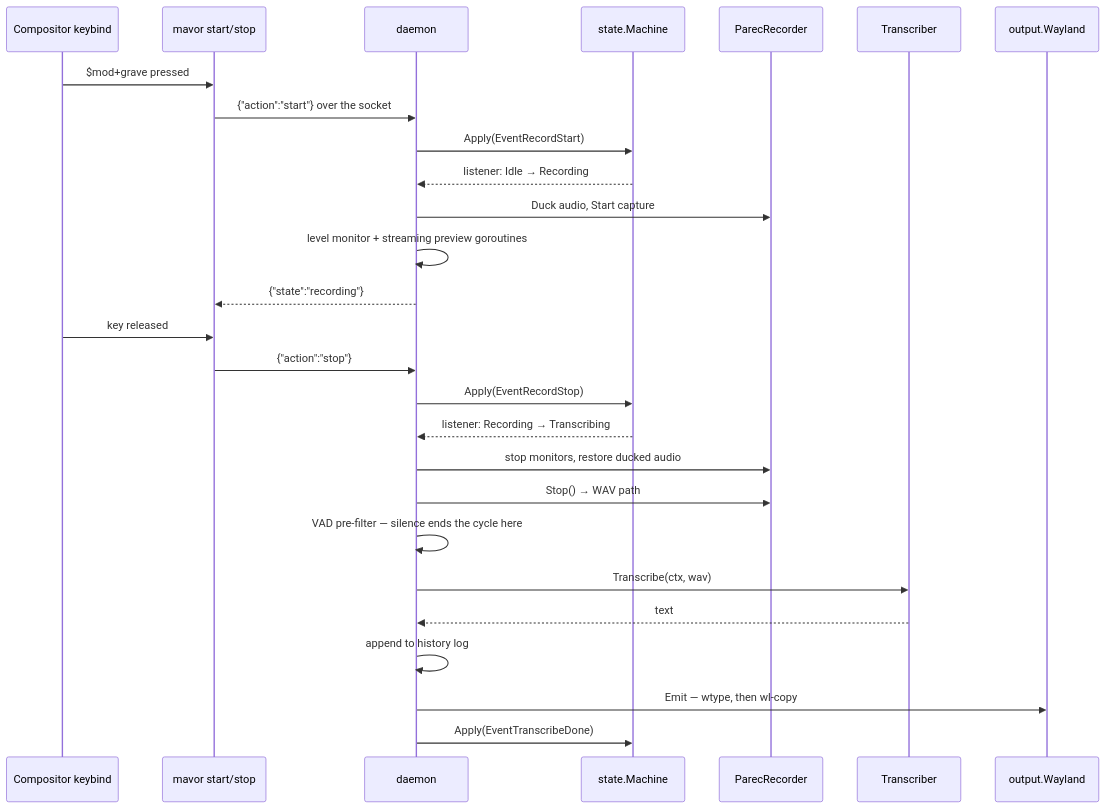
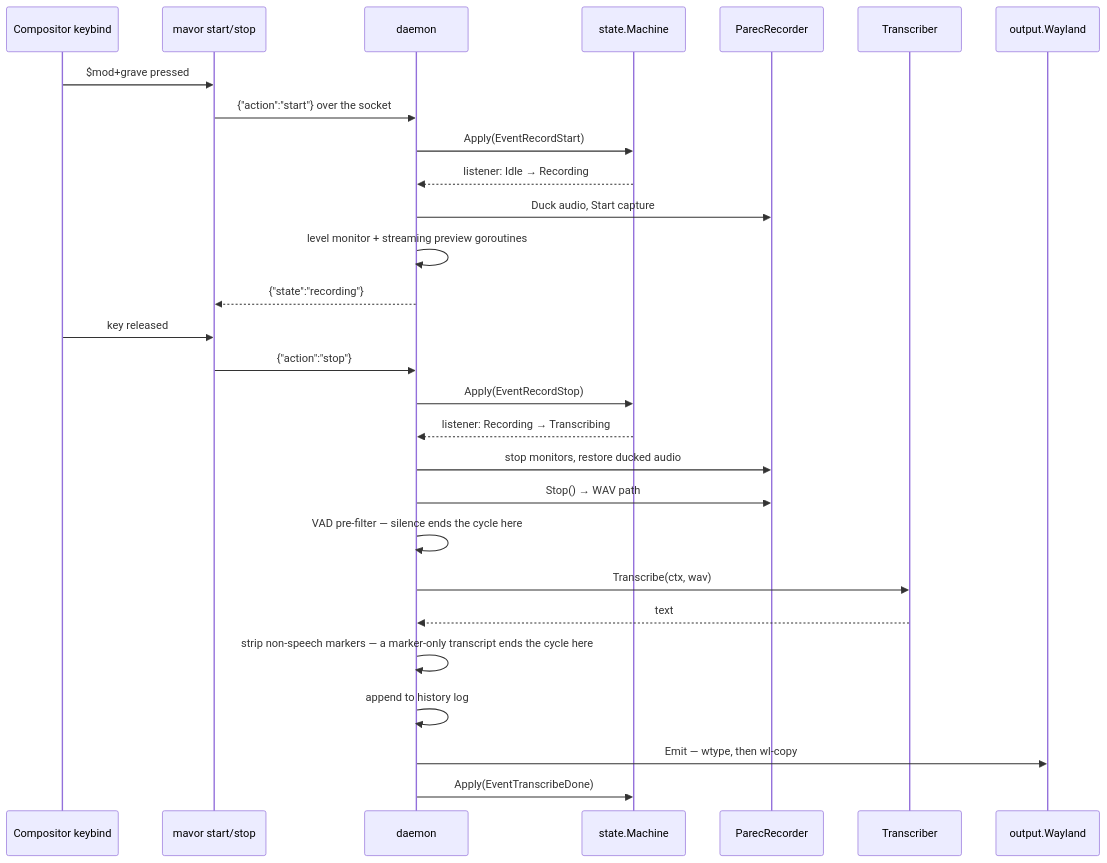
Before and after one commit to mschulkind-oss/mavor: the second of 2 diagrams in docs/reference/how-mavor-works.md, drawn with Mermaid. The commit also changed other lines of this file and 5 other files, not shown here.

````diff
--- a/docs/reference/how-mavor-works.md
+++ b/docs/reference/how-mavor-works.md
@@ -177,30 +177,31 @@
 ```mermaid
 sequenceDiagram
     participant K as Compositor keybind
     participant C as mavor start/stop
     participant D as daemon
     participant M as state.Machine
     participant A as ParecRecorder
     participant S as Transcriber
     participant O as output.Wayland
 
     K->>C: $mod+grave pressed
     C->>D: {"action":"start"} over the socket
     D->>M: Apply(EventRecordStart)
     M-->>D: listener: Idle → Recording
     D->>A: Duck audio, Start capture
     D->>D: level monitor + streaming preview goroutines
     D-->>C: {"state":"recording"}
     K->>C: key released
     C->>D: {"action":"stop"}
     D->>M: Apply(EventRecordStop)
     M-->>D: listener: Recording → Transcribing
     D->>A: stop monitors, restore ducked audio
     D->>A: Stop() → WAV path
     D->>D: VAD pre-filter — silence ends the cycle here
     D->>S: Transcribe(ctx, wav)
     S-->>D: text
+    D->>D: strip non-speech markers — a marker-only transcript ends the cycle here
     D->>D: append to history log
     D->>O: Emit — wtype, then wl-copy
     D->>M: Apply(EventTranscribeDone)
 ```
````
